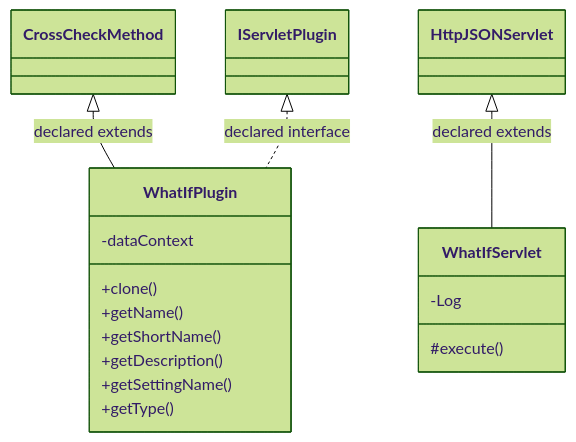
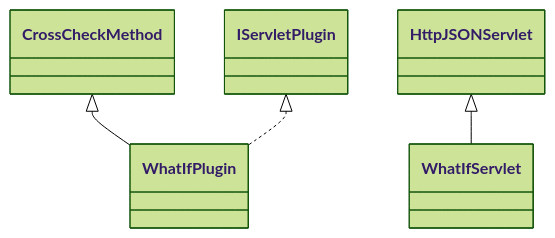
The diagram in docs/sqx/Shared/CrossCheckWhatIf.md (haruperi/HaruQuantAI), drawn with Mermaid (forest theme) before and after one commit. The commit also changed other lines of this file and 1688 other files, not shown here.

````diff
--- a/docs/sqx/Shared/CrossCheckWhatIf.md
+++ b/docs/sqx/Shared/CrossCheckWhatIf.md
@@ -30,22 +26,11 @@
 ```mermaid
 classDiagram
-    class C42b6f3adf682["WhatIfPlugin"] {
-        -dataContext
-        +clone()
-        +getName()
-        +getShortName()
-        +getDescription()
-        +getSettingName()
-        +getType()
-    }
-    class C33961e20dc67["WhatIfServlet"] {
-        -Log
-        #execute()
-    }
-    class C48ebe6aea0c9["CrossCheckMethod"]
-    class C249b5c671b1a["IServletPlugin"]
-    class C8900f90ae594["HttpJSONServlet"]
-    C48ebe6aea0c9 <|-- C42b6f3adf682 : declared extends
-    C249b5c671b1a <|.. C42b6f3adf682 : declared interface
-    C8900f90ae594 <|-- C33961e20dc67 : declared extends
+    class C0["WhatIfPlugin"]
+    class C1["WhatIfServlet"]
+    class E0["CrossCheckMethod"]
+    E0 <|-- C0
+    class E1["IServletPlugin"]
+    E1 <|.. C0
+    class E2["HttpJSONServlet"]
+    E2 <|-- C1
 ```
````
